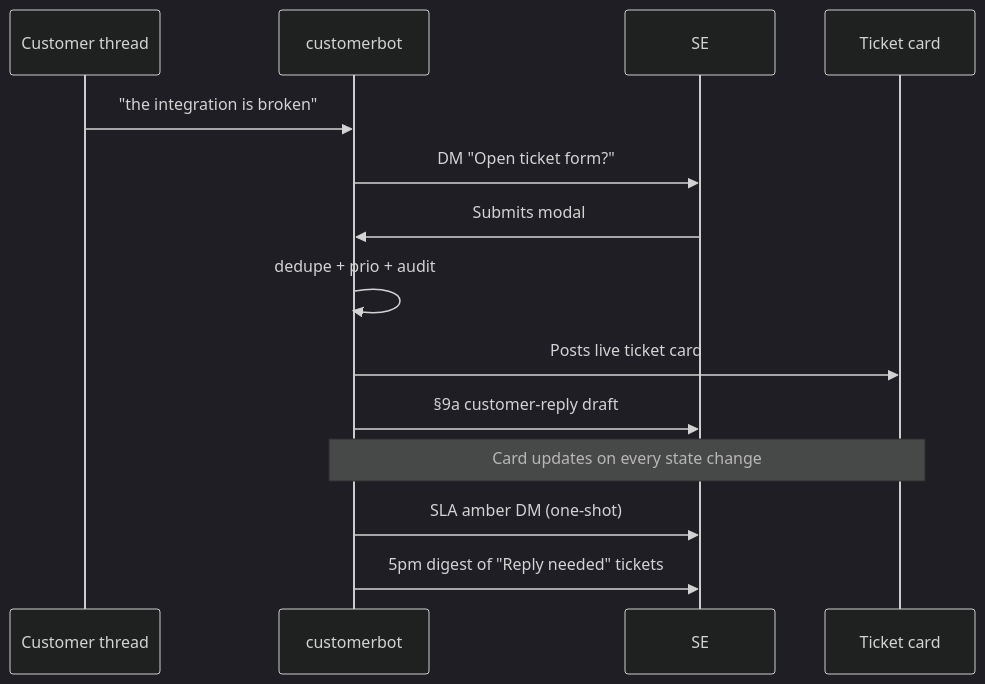
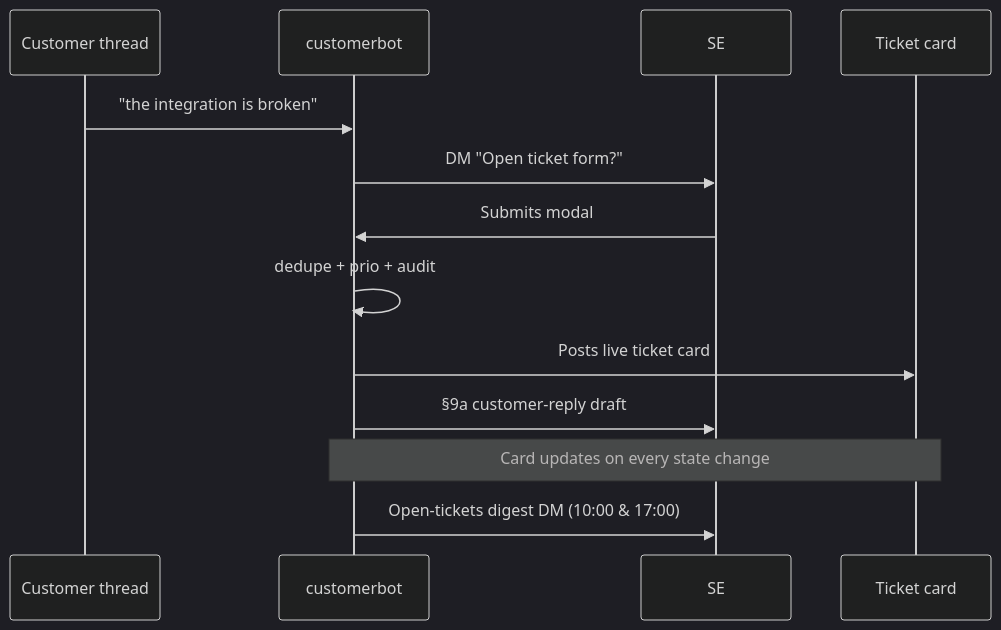
One commit to Userled-Ryan/Customerbot changed the diagram in docs/index.md. Above: the diagram before and after it, drawn with Mermaid (dark theme). The commit also changed 29 other files, not shown here.

````diff
--- a/docs/index.md
+++ b/docs/index.md
@@ -21,17 +21,16 @@
 ```mermaid
 sequenceDiagram
     participant Cust as Customer thread
     participant Bot as customerbot
     participant SE as SE
     participant Card as Ticket card
 
     Cust->>Bot: "the integration is broken"
     Bot->>SE: DM "Open ticket form?"
     SE->>Bot: Submits modal
     Bot->>Bot: dedupe + prio + audit
     Bot->>Card: Posts live ticket card
     Bot->>SE: §9a customer-reply draft
     Note over Bot,Card: Card updates on every state change
-    Bot->>SE: SLA amber DM (one-shot)
-    Bot->>SE: 5pm digest of "Reply needed" tickets
+    Bot->>SE: Open-tickets digest DM (10:00 & 17:00)
 ```
````
